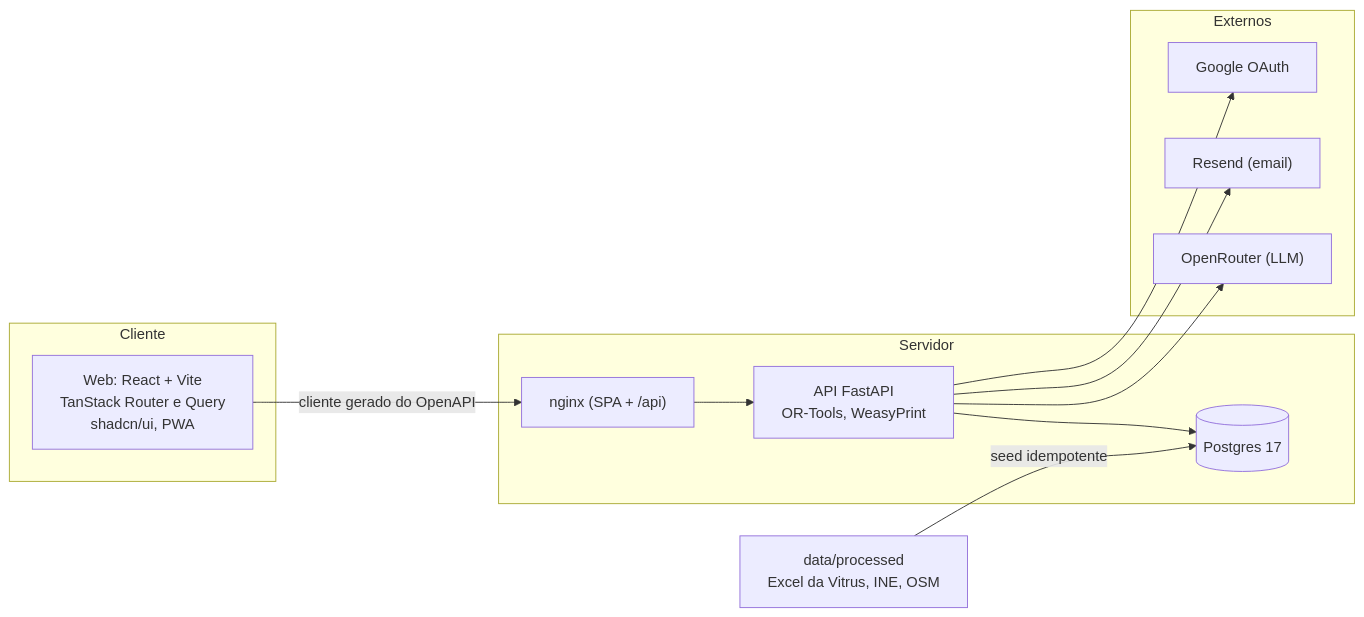
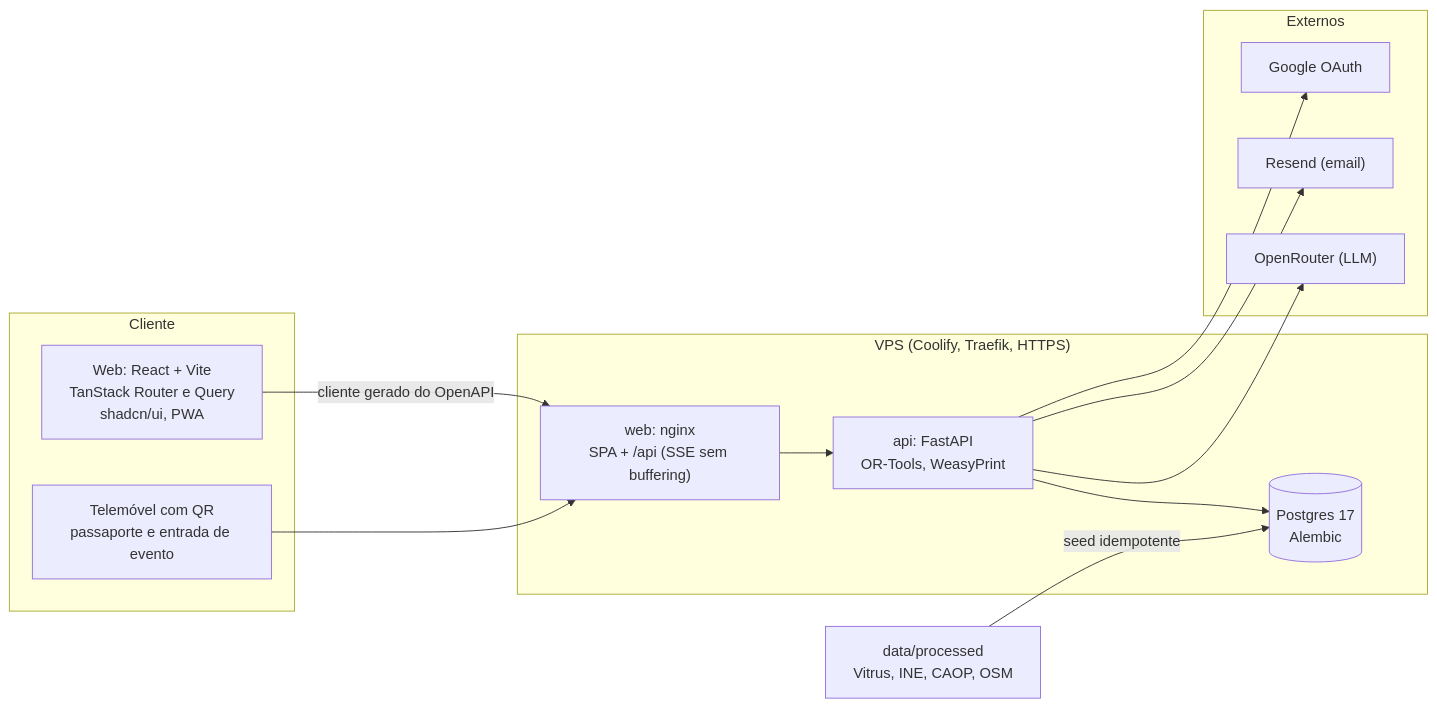
One commit to helderpgoncalves/novelo changed the second of 2 diagrams in README.md. Above: the diagram before and after it, drawn with Mermaid. The commit also changed other lines of this file and 172 other files, not shown here.

````diff
--- a/README.md
+++ b/README.md
@@ -55,21 +119,24 @@
 ```mermaid
 flowchart LR
     subgraph Cliente
         W["Web: React + Vite<br/>TanStack Router e Query<br/>shadcn/ui, PWA"]
+        QR["Telemóvel com QR<br/>passaporte e entrada de evento"]
     end
-    subgraph Servidor
-        N["nginx (SPA + /api)"]
-        A["API FastAPI<br/>OR-Tools, WeasyPrint"]
-        D[("Postgres 17")]
+    subgraph VPS["VPS (Coolify, Traefik, HTTPS)"]
+        N["web: nginx<br/>SPA + /api (SSE sem buffering)"]
+        A["api: FastAPI<br/>OR-Tools, WeasyPrint"]
+        D[("Postgres 17<br/>Alembic")]
     end
     subgraph Externos
         OR["OpenRouter (LLM)"]
         RS["Resend (email)"]
         GO["Google OAuth"]
     end
-    W -->|cliente gerado do OpenAPI| N --> A --> D
+    W -->|"cliente gerado do OpenAPI"| N
+    QR --> N
+    N --> A --> D
     A --> OR
     A --> RS
     A --> GO
-    X["data/processed<br/>Excel da Vitrus, INE, OSM"] -->|seed idempotente| D
+    X["data/processed<br/>Vitrus, INE, CAOP, OSM"] -->|"seed idempotente"| D
 ```
````
